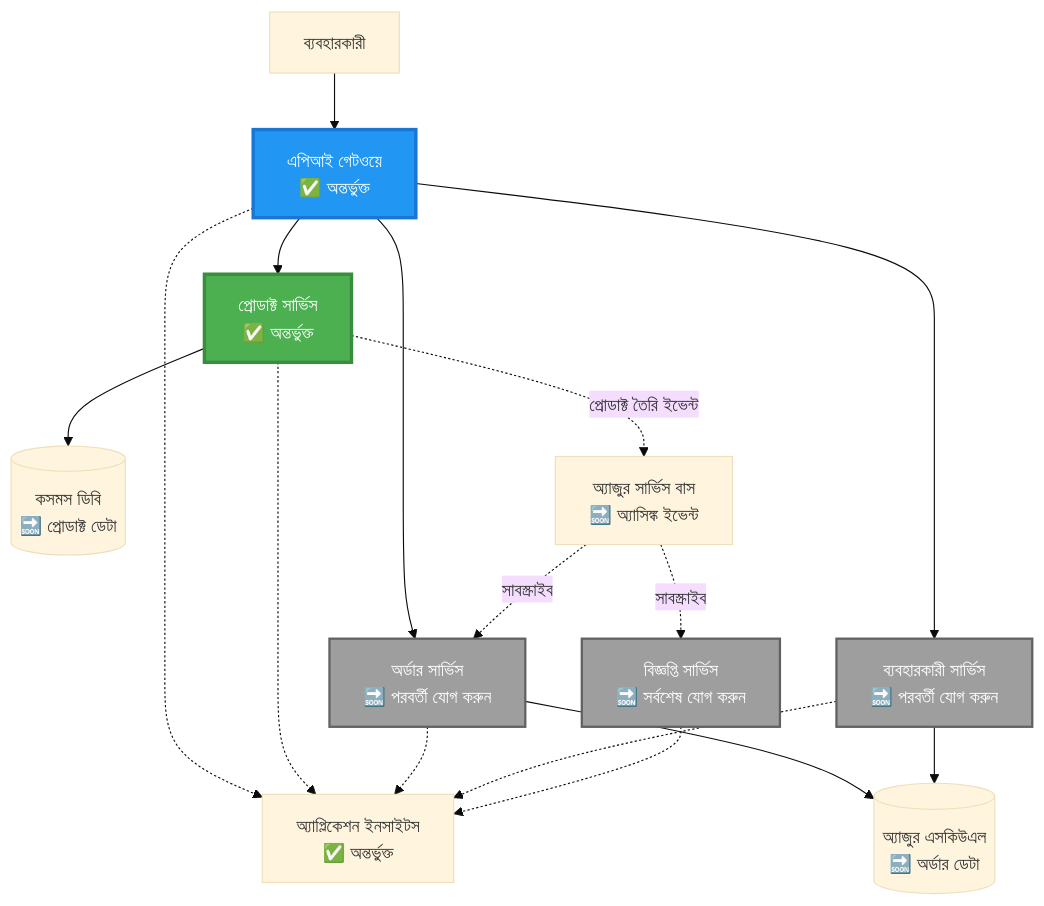
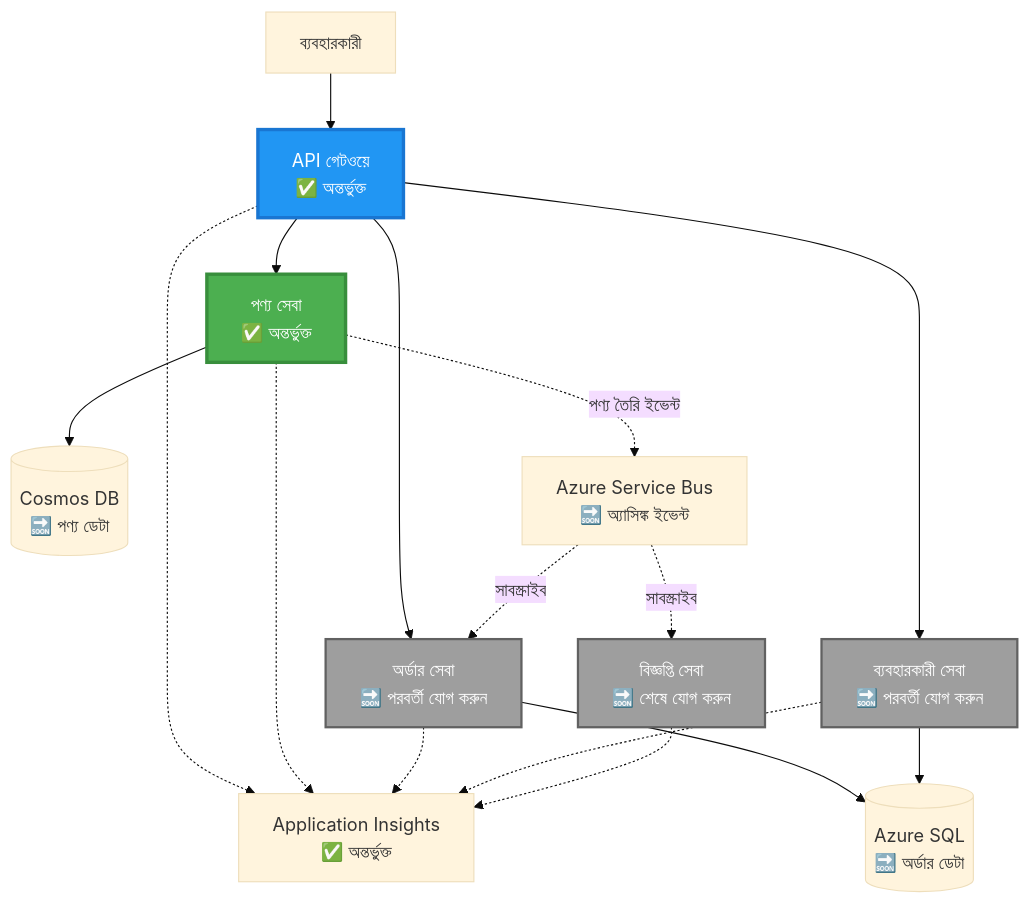
Before and after one commit to microsoft/AZD-for-beginners: the second of 4 diagrams in translations/bn/examples/microservices/README.md, drawn with Mermaid (base theme). The commit also changed other lines of this file and 242 other files, not shown here.

````diff
--- a/translations/bn/examples/microservices/README.md
+++ b/translations/bn/examples/microservices/README.md
@@ -78,39 +69,39 @@
 ```mermaid
 graph TB
     User[ব্যবহারকারী]
-    Gateway[এপিআই গেটওয়ে<br/>✅ অন্তর্ভুক্ত]
-    Product[প্রোডাক্ট সার্ভিস<br/>✅ অন্তর্ভুক্ত]
-    Order[অর্ডার সার্ভিস<br/>🔜 পরবর্তী যোগ করুন]
-    UserSvc[ব্যবহারকারী সার্ভিস<br/>🔜 পরবর্তী যোগ করুন]
-    Notify[বিজ্ঞপ্তি সার্ভিস<br/>🔜 সর্বশেষ যোগ করুন]
+    Gateway[API গেটওয়ে<br/>✅ অন্তর্ভুক্ত]
+    Product[পণ্য সেবা<br/>✅ অন্তর্ভুক্ত]
+    Order[অর্ডার সেবা<br/>🔜 পরবর্তী যোগ করুন]
+    UserSvc[ব্যবহারকারী সেবা<br/>🔜 পরবর্তী যোগ করুন]
+    Notify[বিজ্ঞপ্তি সেবা<br/>🔜 শেষে যোগ করুন]
     
-    CosmosDB[(কসমস ডিবি<br/>🔜 প্রোডাক্ট ডেটা)]
-    AzureSQL[(অ্যাজুর এসকিউএল<br/>🔜 অর্ডার ডেটা)]
-    ServiceBus[অ্যাজুর সার্ভিস বাস<br/>🔜 অ্যাসিঙ্ক ইভেন্ট]
-    AppInsights[অ্যাপ্লিকেশন ইনসাইটস<br/>✅ অন্তর্ভুক্ত]
+    CosmosDB[(Cosmos DB<br/>🔜 পণ্য ডেটা)]
+    AzureSQL[(Azure SQL<br/>🔜 অর্ডার ডেটা)]
+    ServiceBus[Azure Service Bus<br/>🔜 অ্যাসিঙ্ক ইভেন্ট]
+    AppInsights[Application Insights<br/>✅ অন্তর্ভুক্ত]
     
     User --> Gateway
     Gateway --> Product
     Gateway --> Order
     Gateway --> UserSvc
     
     Product --> CosmosDB
     Order --> AzureSQL
     UserSvc --> AzureSQL
     
-    Product -.->|প্রোডাক্ট তৈরি ইভেন্ট| ServiceBus
+    Product -.->|পণ্য তৈরি ইভেন্ট| ServiceBus
     ServiceBus -.->|সাবস্ক্রাইব| Notify
     ServiceBus -.->|সাবস্ক্রাইব| Order
     
     Gateway -.-> AppInsights
     Product -.-> AppInsights
     Order -.-> AppInsights
     UserSvc -.-> AppInsights
     Notify -.-> AppInsights
     
     style Product fill:#4CAF50,stroke:#388E3C,stroke-width:3px,color:#fff
     style Gateway fill:#2196F3,stroke:#1976D2,stroke-width:3px,color:#fff
     style Order fill:#9E9E9E,stroke:#616161,stroke-width:2px,color:#fff
     style UserSvc fill:#9E9E9E,stroke:#616161,stroke-width:2px,color:#fff
     style Notify fill:#9E9E9E,stroke:#616161,stroke-width:2px,color:#fff
 ```
````
